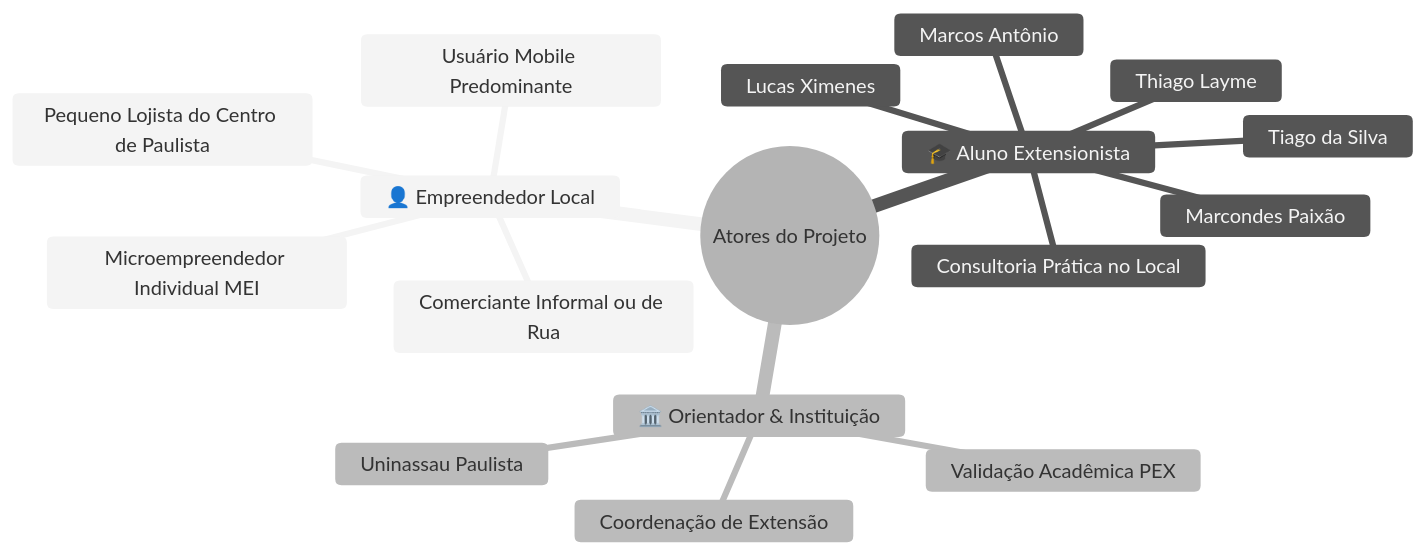
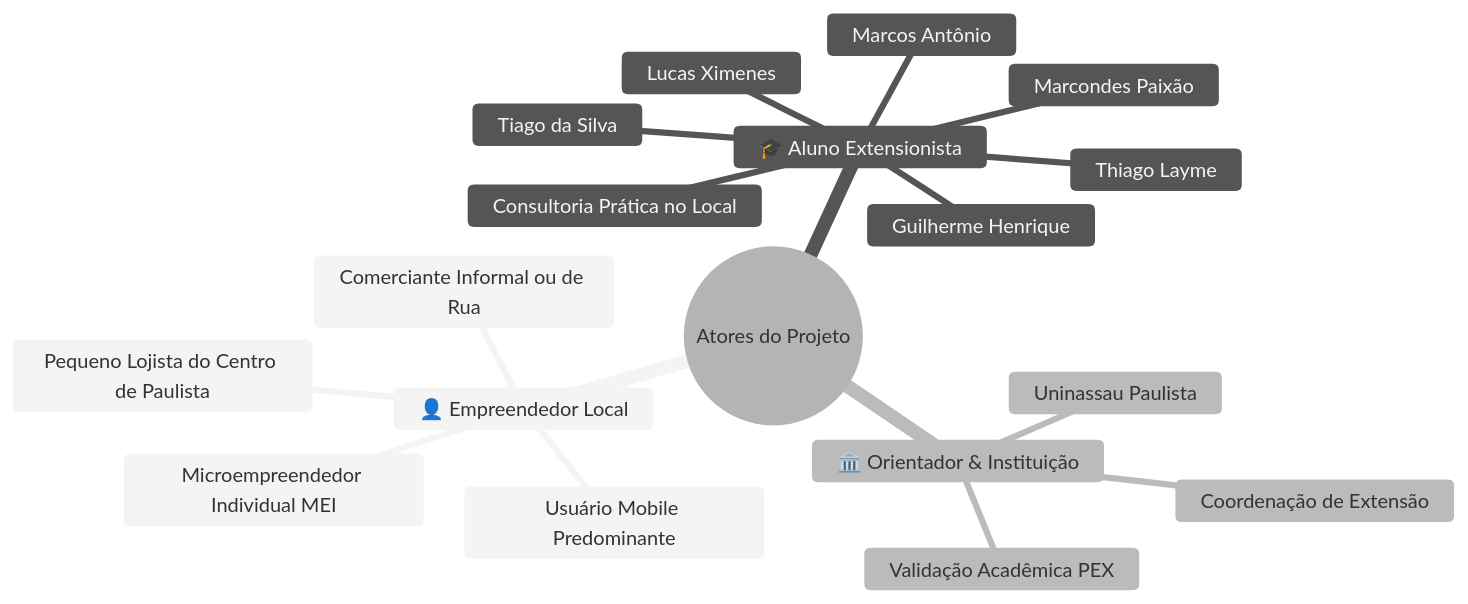
The diagram in .ai-context/02_REGRAS_NEGOCIO/perfis-usuario.md (Junior010101/projeto-extensao), drawn with Mermaid (neutral theme) before and after one commit. The commit also changed other lines of this file and 8 other files, not shown here.

````diff
--- a/.ai-context/02_REGRAS_NEGOCIO/perfis-usuario.md
+++ b/.ai-context/02_REGRAS_NEGOCIO/perfis-usuario.md
@@ -9,20 +9,21 @@
 ```mermaid
 mindmap
   root((Atores do Projeto))
     👤 Empreendedor Local
       Microempreendedor Individual MEI
       Comerciante Informal ou de Rua
       Pequeno Lojista do Centro de Paulista
       Usuário Mobile Predominante
     🎓 Aluno Extensionista
+      Guilherme Henrique
       Lucas Ximenes
       Marcos Antônio
       Marcondes Paixão
       Thiago Layme
       Tiago da Silva
       Consultoria Prática no Local
     🏛️ Orientador & Instituição
       Uninassau Paulista
       Coordenação de Extensão
       Validação Acadêmica PEX
 ```
````
